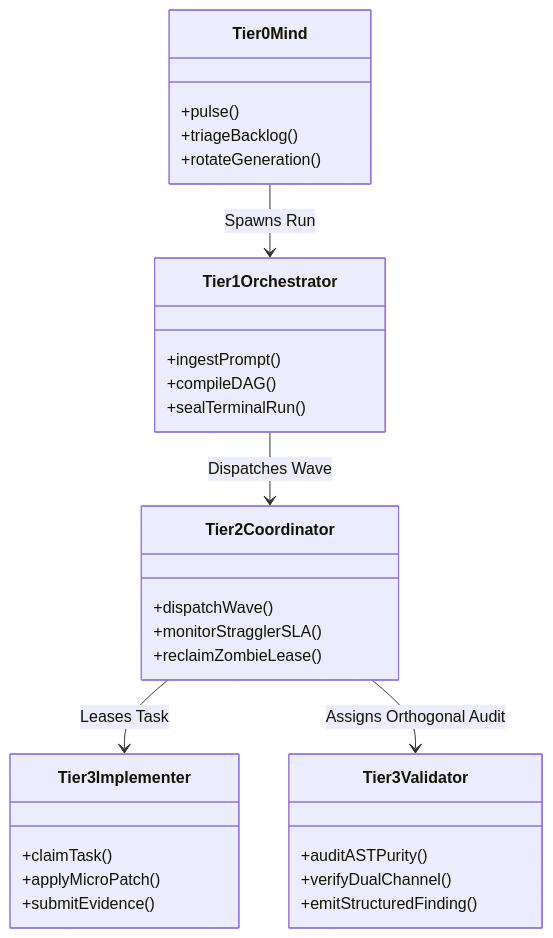
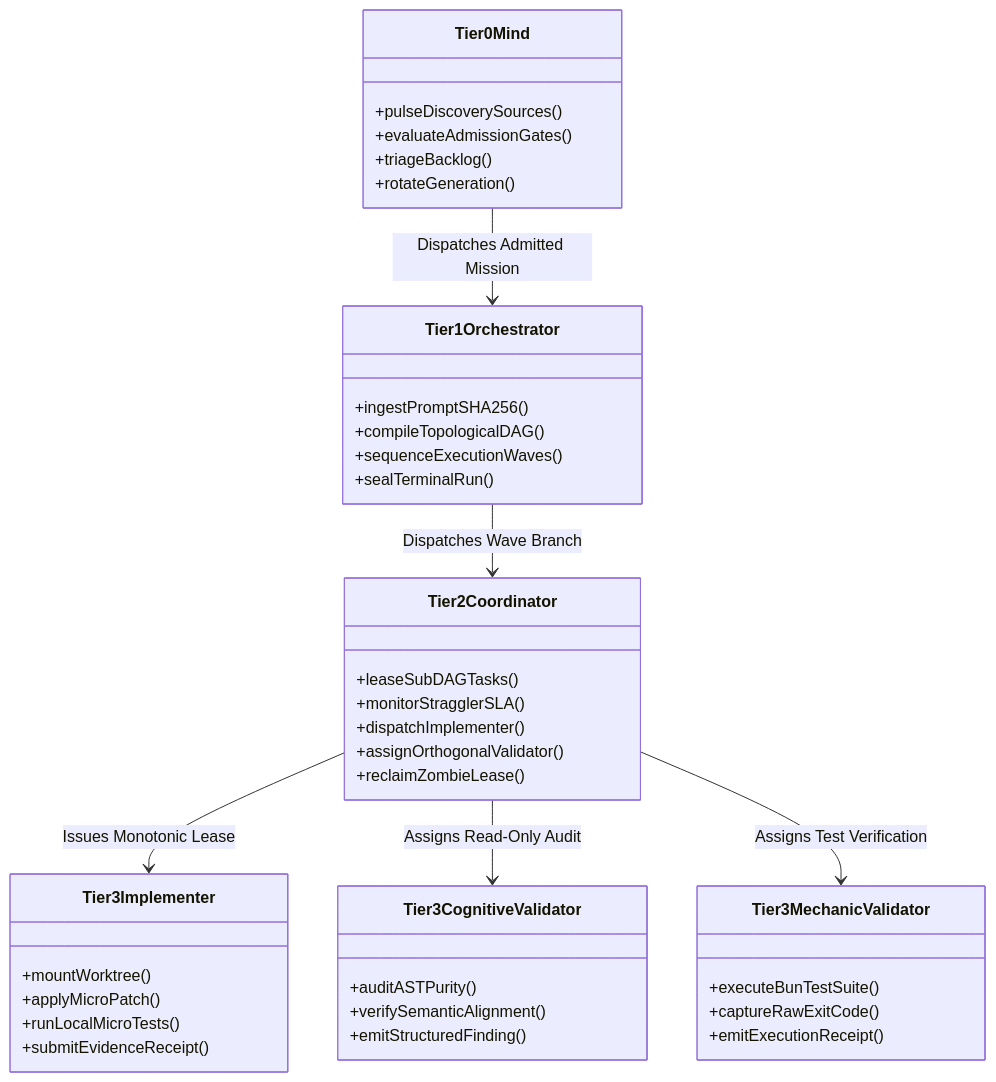
One commit to onurseckin/skills changed the first of 2 diagrams in docs/olt/architecture/02-four-tier-hierarchy/02-01-the-four-tier-agent-model.md. Above: the diagram before and after it, drawn with Mermaid. The commit also changed other lines of this file and 163 other files, not shown here.

````diff
--- a/docs/olt/architecture/02-four-tier-hierarchy/02-01-the-four-tier-agent-model.md
+++ b/docs/olt/architecture/02-four-tier-hierarchy/02-01-the-four-tier-agent-model.md
@@ -66,33 +109,44 @@
 ```mermaid
 classDiagram
     class Tier0Mind {
-        +pulse()
+        +pulseDiscoverySources()
+        +evaluateAdmissionGates()
         +triageBacklog()
         +rotateGeneration()
     }
     class Tier1Orchestrator {
-        +ingestPrompt()
-        +compileDAG()
+        +ingestPromptSHA256()
+        +compileTopologicalDAG()
+        +sequenceExecutionWaves()
         +sealTerminalRun()
     }
     class Tier2Coordinator {
-        +dispatchWave()
+        +leaseSubDAGTasks()
         +monitorStragglerSLA()
+        +dispatchImplementer()
+        +assignOrthogonalValidator()
         +reclaimZombieLease()
     }
     class Tier3Implementer {
-        +claimTask()
+        +mountWorktree()
         +applyMicroPatch()
-        +submitEvidence()
+        +runLocalMicroTests()
+        +submitEvidenceReceipt()
     }
-    class Tier3Validator {
+    class Tier3CognitiveValidator {
         +auditASTPurity()
-        +verifyDualChannel()
+        +verifySemanticAlignment()
         +emitStructuredFinding()
     }
+    class Tier3MechanicValidator {
+        +executeBunTestSuite()
+        +captureRawExitCode()
+        +emitExecutionReceipt()
+    }
 
-    Tier0Mind --> Tier1Orchestrator : Spawns Run
-    Tier1Orchestrator --> Tier2Coordinator : Dispatches Wave
-    Tier2Coordinator --> Tier3Implementer : Leases Task
-    Tier2Coordinator --> Tier3Validator : Assigns Orthogonal Audit
+    Tier0Mind --> Tier1Orchestrator : Dispatches Admitted Mission
+    Tier1Orchestrator --> Tier2Coordinator : Dispatches Wave Branch
+    Tier2Coordinator --> Tier3Implementer : Issues Monotonic Lease
+    Tier2Coordinator --> Tier3CognitiveValidator : Assigns Read-Only Audit
+    Tier2Coordinator --> Tier3MechanicValidator : Assigns Test Verification
 ```
````
